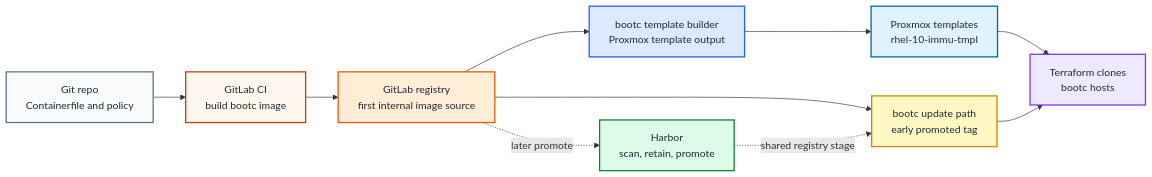
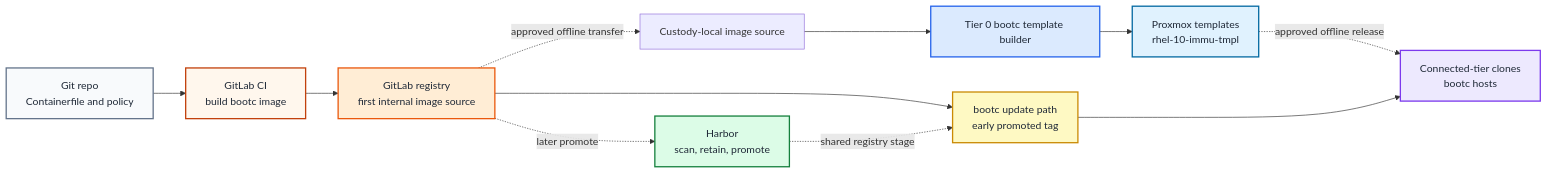
The diagram in docs/paths/application-platform/image-based-linux.md (Rexus/homelab), drawn with Mermaid before and after one commit. The commit also changed other lines of this file and 39 other files, not shown here.

Commit message:
feat(tier0): own template lifecycle and add Talos publication

````diff
--- a/docs/paths/application-platform/image-based-linux.md
+++ b/docs/paths/application-platform/image-based-linux.md
@@ -100,21 +106,22 @@
 ```mermaid
 flowchart LR
   Source[Git repo<br/>Containerfile and policy] --> GitLab[GitLab CI<br/>build bootc image]
   GitLab --> GitLabRegistry[GitLab registry<br/>first internal image source]
-  GitLabRegistry --> Template[bootc template builder<br/>Proxmox template output]
+  GitLabRegistry -. approved offline transfer .-> Custody[Custody-local image source]
+  Custody --> Template[Tier 0 bootc template builder]
   GitLabRegistry --> Updates[bootc update path<br/>early promoted tag]
   GitLabRegistry -. later promote .-> Harbor[Harbor<br/>scan, retain, promote]
   Harbor -. shared registry stage .-> Updates
   Template --> Proxmox[Proxmox templates<br/>rhel-10-immu-tmpl]
-  Proxmox --> VMs[Terraform clones<br/>bootc hosts]
+  Proxmox -. approved offline release .-> VMs[Connected-tier clones<br/>bootc hosts]
   Updates --> VMs
 
   style Source fill:#f8fafc,stroke:#64748b,stroke-width:2px,color:#1f2937
   style GitLab fill:#fff7ed,stroke:#c2410c,stroke-width:2px,color:#1f2937
   style GitLabRegistry fill:#ffedd5,stroke:#ea580c,stroke-width:2px,color:#1f2937
   style Harbor fill:#dcfce7,stroke:#15803d,stroke-width:2px,color:#1f2937
   style Template fill:#dbeafe,stroke:#2563eb,stroke-width:2px,color:#1f2937
   style Proxmox fill:#e0f2fe,stroke:#0369a1,stroke-width:2px,color:#1f2937
   style VMs fill:#ede9fe,stroke:#7c3aed,stroke-width:2px,color:#1f2937
   style Updates fill:#fef9c3,stroke:#ca8a04,stroke-width:2px,color:#1f2937
 ```
````
